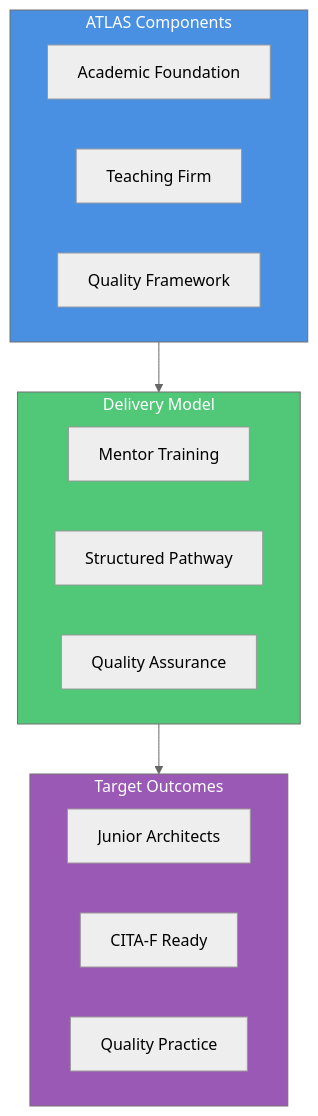
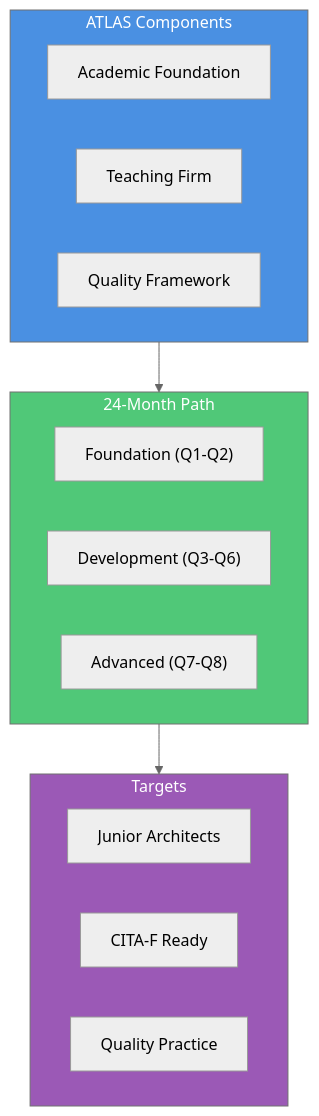
The first of 4 diagrams in teaching-firms.md (AliceNN-ucdenver/Iasa), drawn with Mermaid (neutral theme) before and after one commit. The commit also changed other lines of this file, not shown here.

````diff
--- a/teaching-firms.md
+++ b/teaching-firms.md
@@ -27,27 +15,27 @@
 ```mermaid
 graph TB
     subgraph Program["ATLAS Components"]
         AF["Academic Foundation"]
         TF["Teaching Firm"]
         QF["Quality Framework"]
     end
 
-    subgraph Implementation["Delivery Model"]
-        MT["Mentor Training"]
-        SP["Structured Pathway"]
-        QA["Quality Assurance"]
+    subgraph Delivery["24-Month Path"]
+        FP["Foundation (Q1-Q2)"]
+        DP["Development (Q3-Q6)"]
+        AP["Advanced (Q7-Q8)"]
     end
 
-    subgraph Outcomes["Target Outcomes"]
+    subgraph Outcomes["Targets"]
         JA["Junior Architects"]
         CF["CITA-F Ready"]
         QP["Quality Practice"]
     end
 
-    Program --> Implementation
-    Implementation --> Outcomes
+    Program --> Delivery
+    Delivery --> Outcomes
 
     style Program fill:#4a90e2,color:white
-    style Implementation fill:#50c878,color:white
+    style Delivery fill:#50c878,color:white
     style Outcomes fill:#9b59b6,color:white
 ```
````
